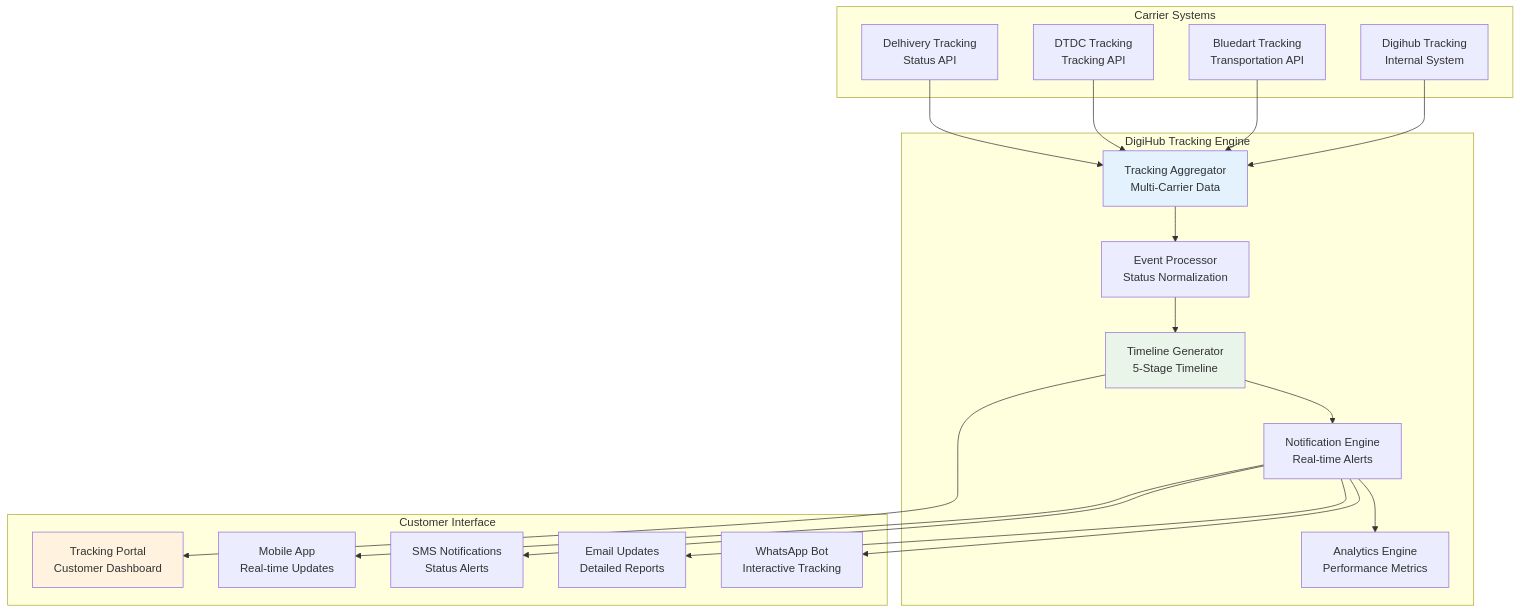
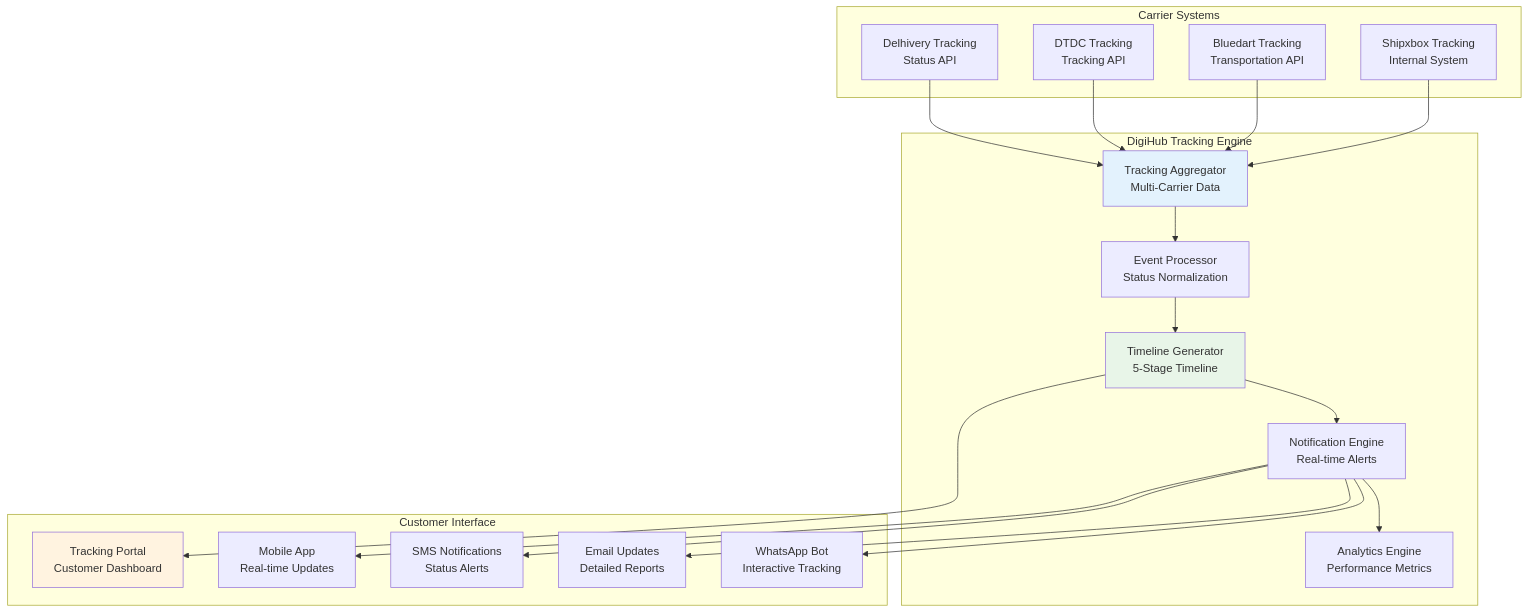
One commit to sandeepkumar0801/Digihub changed diagram 15 of 44 in README.md. Above: the diagram before and after it, drawn with Mermaid. The commit also changed other lines of this file and 1 other file, not shown here.

````diff
--- a/README.md
+++ b/README.md
@@ -2849,42 +2712,42 @@
 ```mermaid
 graph TD
     subgraph "Carrier Systems"
-        A1[Digihub Tracking<br/>Internal System]
+        A1[Shipxbox Tracking<br/>Internal System]
         A2[Bluedart Tracking<br/>Transportation API]
         A3[DTDC Tracking<br/>Tracking API]
         A4[Delhivery Tracking<br/>Status API]
     end
 
     subgraph "DigiHub Tracking Engine"
         B1[Tracking Aggregator<br/>Multi-Carrier Data]
         B2[Event Processor<br/>Status Normalization]
         B3[Timeline Generator<br/>5-Stage Timeline]
         B4[Notification Engine<br/>Real-time Alerts]
         B5[Analytics Engine<br/>Performance Metrics]
     end
 
     subgraph "Customer Interface"
         C1[Tracking Portal<br/>Customer Dashboard]
         C2[Mobile App<br/>Real-time Updates]
         C3[SMS Notifications<br/>Status Alerts]
         C4[Email Updates<br/>Detailed Reports]
         C5[WhatsApp Bot<br/>Interactive Tracking]
     end
 
     A1 --> B1
     A2 --> B1
     A3 --> B1
     A4 --> B1
 
     B1 --> B2 --> B3 --> B4 --> B5
 
     B3 --> C1
     B4 --> C2
     B4 --> C3
     B4 --> C4
     B4 --> C5
 
     style B1 fill:#e3f2fd
     style B3 fill:#e8f5e8
     style C1 fill:#fff3e0
 ```
````
